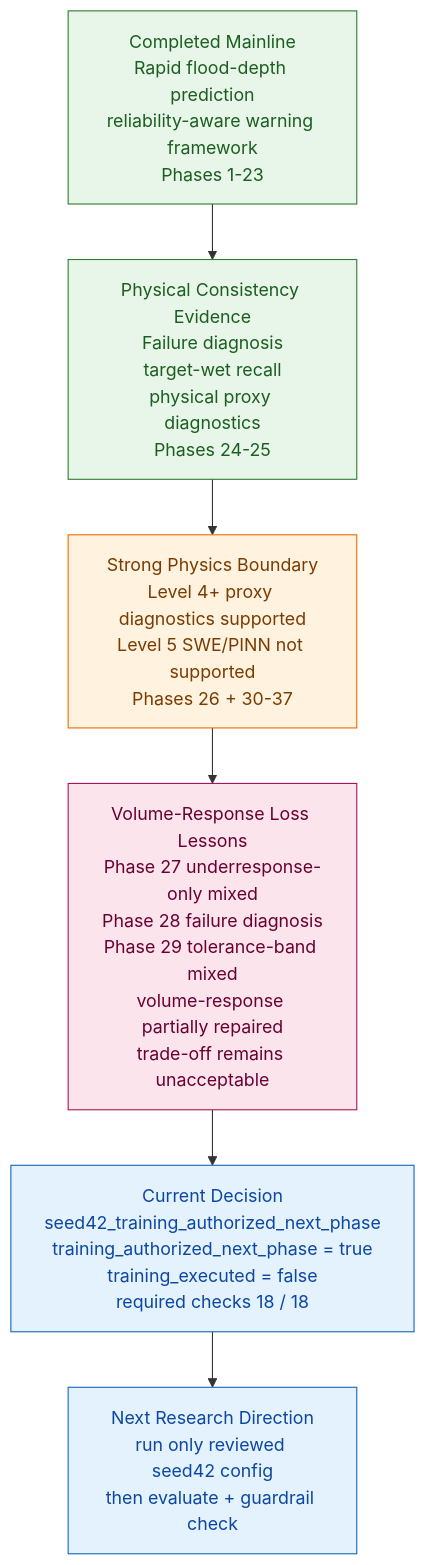
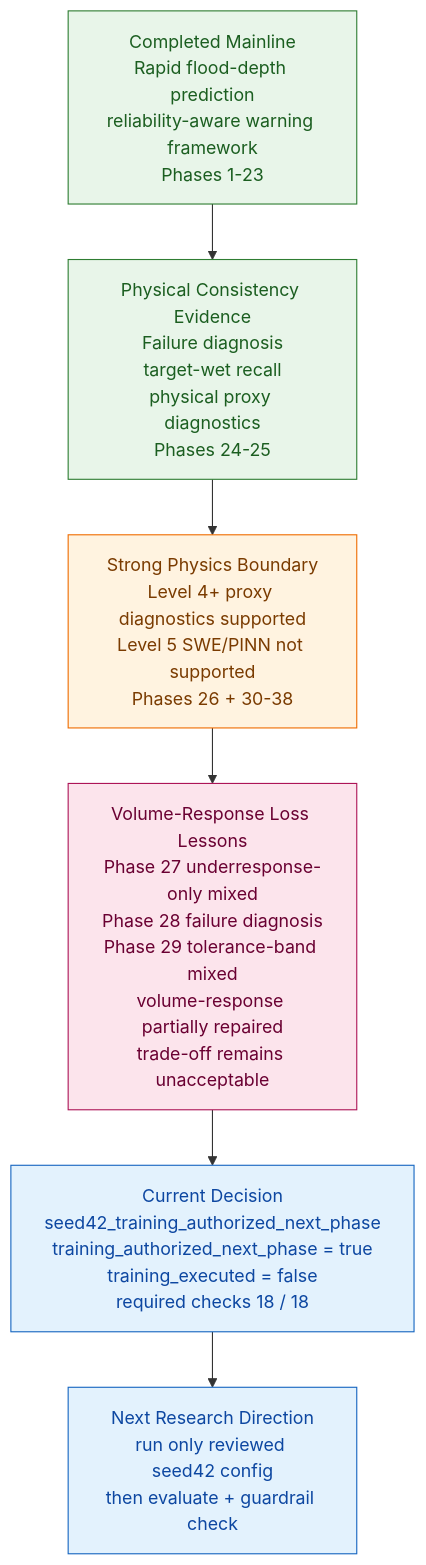
One commit to HolyLin990604/physics-guided-urban-flood-prediction changed the third of 3 diagrams in README.md. Above: the diagram before and after it, drawn with Mermaid. The commit also changed other lines of this file and 2 other files, not shown here.

````diff
--- a/README.md
+++ b/README.md
@@ -470,16 +472,16 @@
 ```mermaid
 flowchart TD
     A["Completed Mainline<br/>Rapid flood-depth prediction<br/>reliability-aware warning framework<br/>Phases 1-23"]:::completed
     B["Physical Consistency Evidence<br/>Failure diagnosis<br/>target-wet recall<br/>physical proxy diagnostics<br/>Phases 24-25"]:::completed
-    C["Strong Physics Boundary<br/>Level 4+ proxy diagnostics supported<br/>Level 5 SWE/PINN not supported<br/>Phases 26 + 30-37"]:::boundary
+    C["Strong Physics Boundary<br/>Level 4+ proxy diagnostics supported<br/>Level 5 SWE/PINN not supported<br/>Phases 26 + 30-38"]:::boundary
     D["Volume-Response Loss Lessons<br/>Phase 27 underresponse-only mixed<br/>Phase 28 failure diagnosis<br/>Phase 29 tolerance-band mixed<br/>volume-response partially repaired<br/>trade-off remains unacceptable"]:::diagnosis
     E["Current Decision<br/>seed42_training_authorized_next_phase<br/>training_authorized_next_phase = true<br/>training_executed = false<br/>required checks 18 / 18"]:::current
     F["Next Research Direction<br/>run only reviewed seed42 config<br/>then evaluate + guardrail check"]:::current
 
     A --> B --> C --> D --> E --> F
 
     classDef completed fill:#e8f5e9,stroke:#2e7d32,color:#1b5e20
     classDef boundary fill:#fff3e0,stroke:#ef6c00,color:#7a3b00
     classDef diagnosis fill:#fce4ec,stroke:#ad1457,color:#6a0032
     classDef current fill:#e3f2fd,stroke:#1565c0,color:#0d47a1
 ```
````
